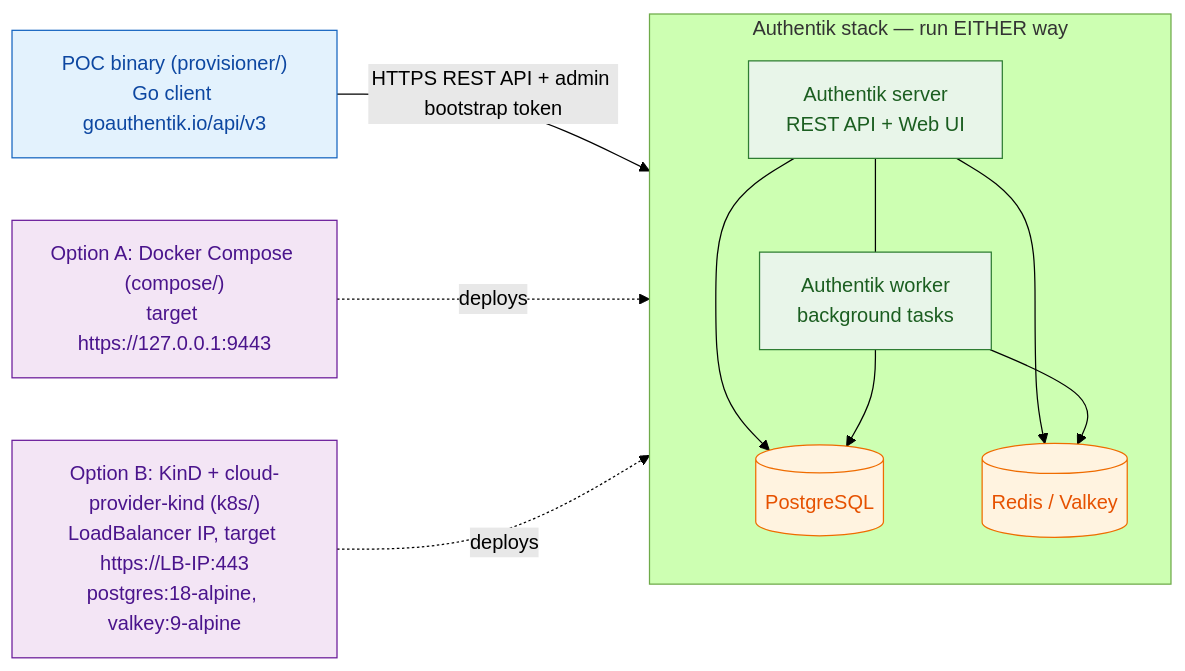
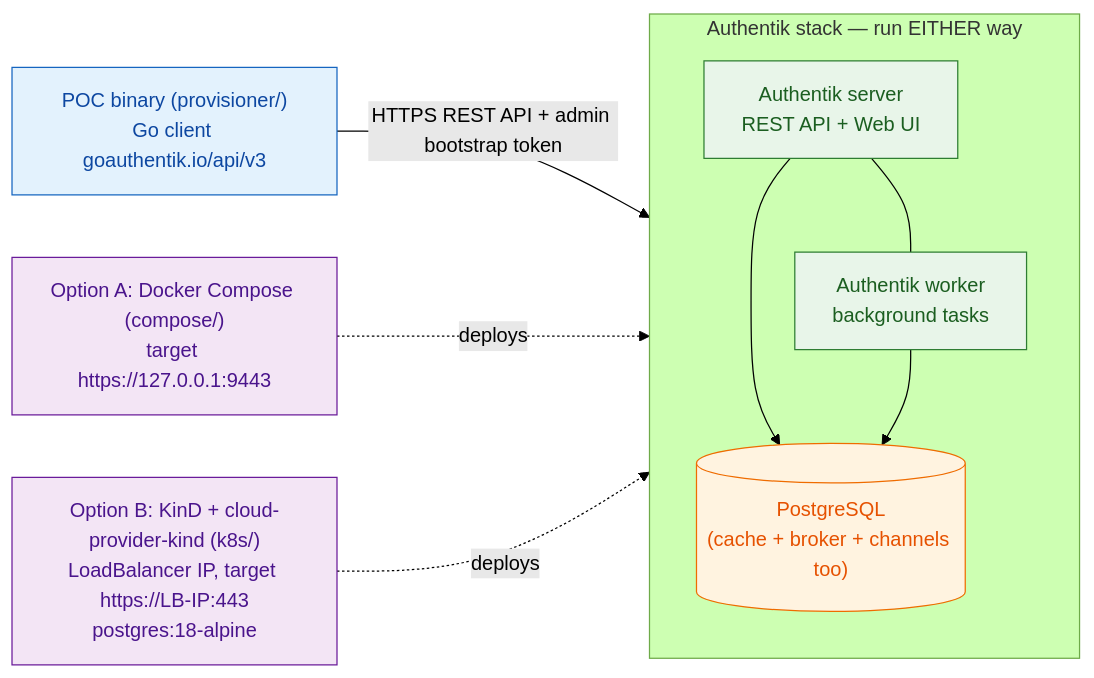
One commit to AndriyKalashnykov/authentik-k8s changed the first of 2 diagrams in README.md. Above: the diagram before and after it, drawn with Mermaid (forest theme). The commit also changed other lines of this file and 7 other files, not shown here.

````diff
--- a/README.md
+++ b/README.md
@@ -20,34 +20,31 @@
 ```mermaid
 flowchart LR
     POC["POC binary (provisioner/)<br/>Go client goauthentik.io/api/v3"]
 
     subgraph AUTHENTIK["Authentik stack — run EITHER way"]
         direction TB
         SERVER["Authentik server<br/>REST API + Web UI"]
         WORKER["Authentik worker<br/>background tasks"]
-        PG[("PostgreSQL")]
-        REDIS[("Redis / Valkey")]
+        PG[("PostgreSQL<br/>(cache + broker + channels too)")]
         SERVER --- WORKER
         SERVER --> PG
-        SERVER --> REDIS
         WORKER --> PG
-        WORKER --> REDIS
     end
 
     POC -->|"HTTPS REST API + admin bootstrap token"| SERVER
 
     COMPOSE["Option A: Docker Compose (compose/)<br/>target https://127.0.0.1:9443"]
-    KIND["Option B: KinD + cloud-provider-kind (k8s/)<br/>LoadBalancer IP, target https://LB-IP:443<br/>postgres:18-alpine, valkey:9-alpine"]
+    KIND["Option B: KinD + cloud-provider-kind (k8s/)<br/>LoadBalancer IP, target https://LB-IP:443<br/>postgres:18-alpine"]
 
     COMPOSE -.deploys.-> AUTHENTIK
     KIND -.deploys.-> AUTHENTIK
 
     classDef poc fill:#e3f2fd,stroke:#1565c0,color:#0d47a1;
     classDef svc fill:#e8f5e9,stroke:#2e7d32,color:#1b5e20;
     classDef data fill:#fff3e0,stroke:#ef6c00,color:#e65100;
     classDef deploy fill:#f3e5f5,stroke:#6a1b9a,color:#4a148c;
     class POC poc;
     class SERVER,WORKER svc;
-    class PG,REDIS data;
+    class PG data;
     class COMPOSE,KIND deploy;
 ```
````
